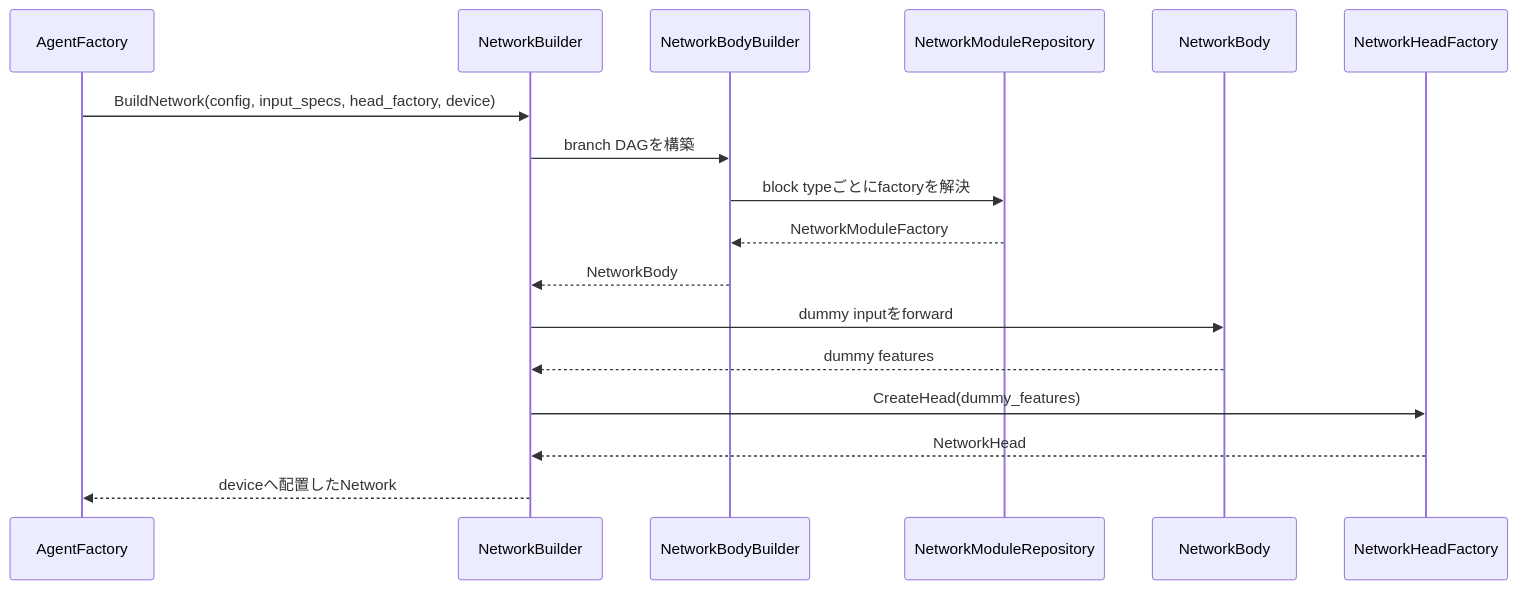
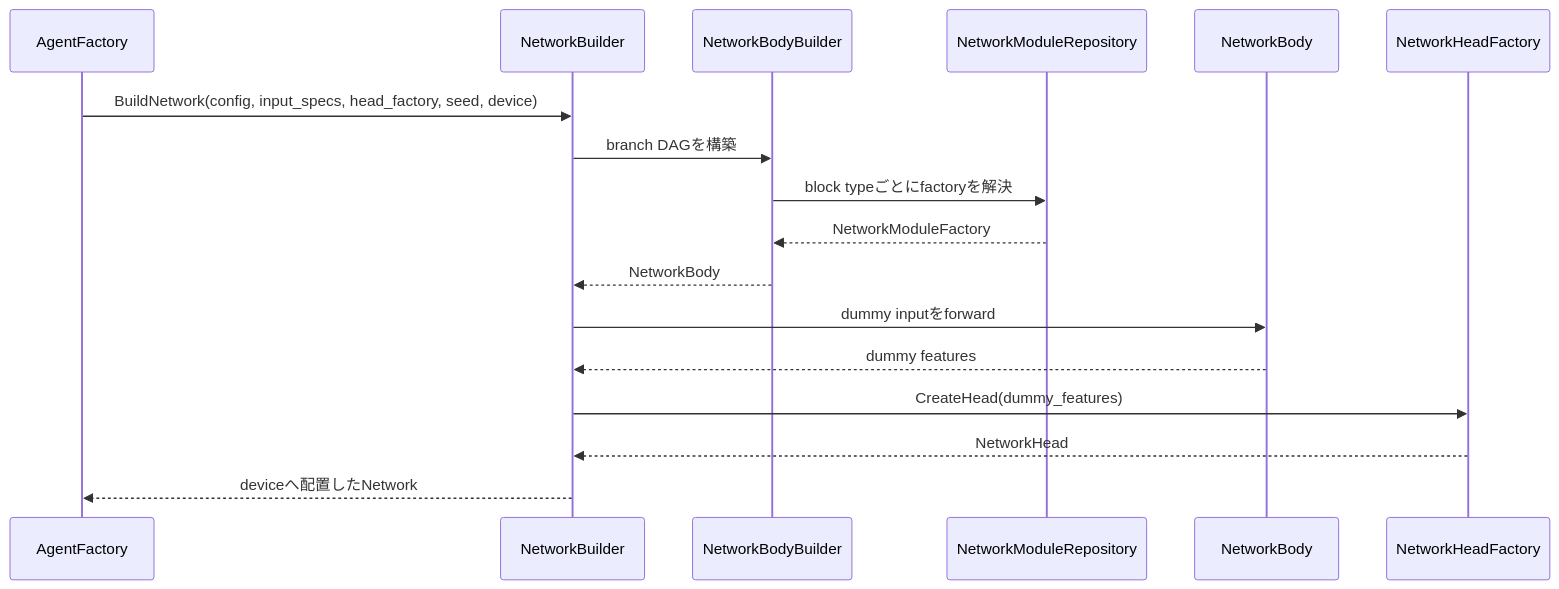
One commit to kazukin123/anet-lab changed the second of 3 diagrams in docs/design/130_neural_networks.jp.md. Above: the diagram before and after it, drawn with Mermaid. The commit also changed other lines of this file and 24 other files, not shown here.

````diff
--- a/docs/design/130_neural_networks.jp.md
+++ b/docs/design/130_neural_networks.jp.md
@@ -172,20 +172,20 @@
 ```mermaid
 sequenceDiagram
     participant A as AgentFactory
     participant B as NetworkBuilder
     participant C as NetworkBodyBuilder
     participant R as NetworkModuleRepository
     participant D as NetworkBody
     participant H as NetworkHeadFactory
 
-    A->>B: BuildNetwork(config, input_specs, head_factory, device)
+    A->>B: BuildNetwork(config, input_specs, head_factory, seed, device)
     B->>C: branch DAGを構築
     C->>R: block typeごとにfactoryを解決
     R-->>C: NetworkModuleFactory
     C-->>B: NetworkBody
     B->>D: dummy inputをforward
     D-->>B: dummy features
     B->>H: CreateHead(dummy_features)
     H-->>B: NetworkHead
     B-->>A: deviceへ配置したNetwork
 ```
````
